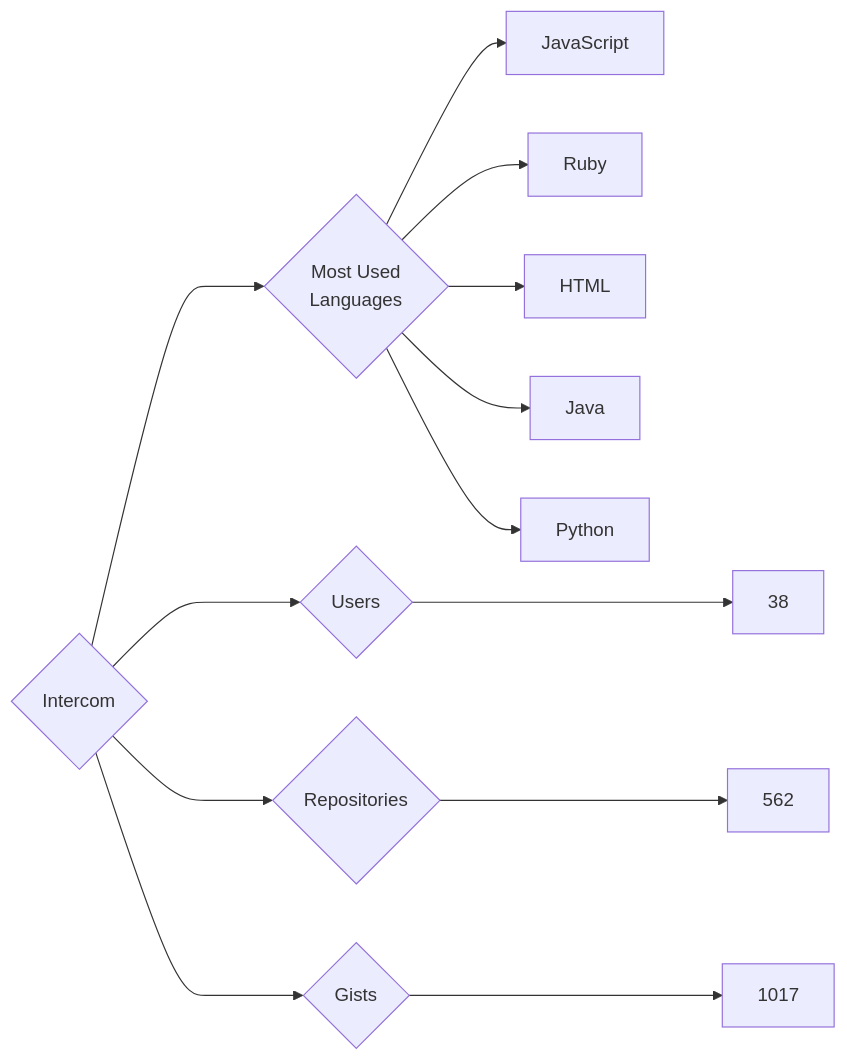
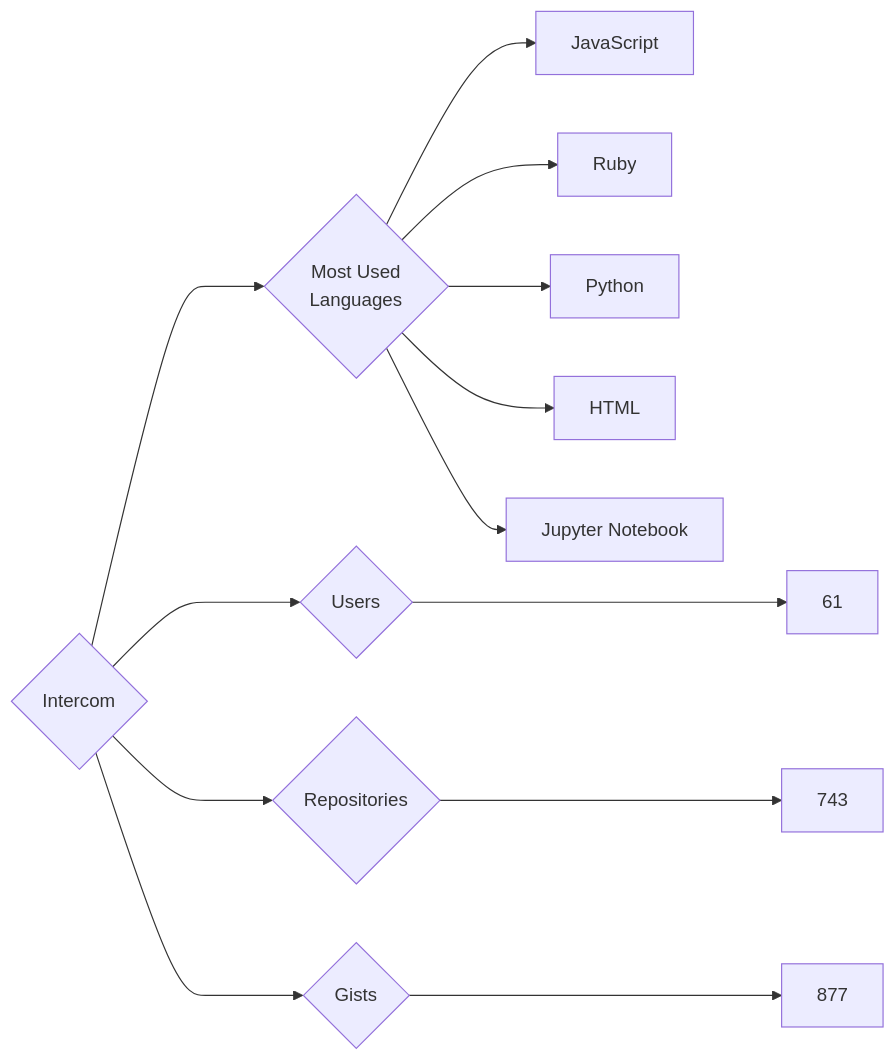
One commit to trickest/insiders changed the diagram in targets/Intercom/README.md. Above: the diagram before and after it, drawn with Mermaid. The commit also changed 775 other files, not shown here.

````diff
--- a/targets/Intercom/README.md
+++ b/targets/Intercom/README.md
@@ -3,13 +3,13 @@
 ```mermaid
 graph LR
 COMPANY_NAME{Intercom}
-COMPANY_NAME ---> U{Users} ---> UN[38]
-COMPANY_NAME ---> R{Repositories} ---> RN[562]
-COMPANY_NAME ---> G{Gists} ---> GN[1017]
+COMPANY_NAME ---> U{Users} ---> UN[61]
+COMPANY_NAME ---> R{Repositories} ---> RN[743]
+COMPANY_NAME ---> G{Gists} ---> GN[877]
 COMPANY_NAME ---> ML{Most Used<br>Languages}
 ML --> JavaScript[JavaScript]
 ML --> Ruby[Ruby]
+ML --> Python[Python]
 ML --> HTML[HTML]
-ML --> Java[Java]
-ML --> Python[Python]
+ML --> Jupyter_Notebook[Jupyter Notebook]
 ```
````
